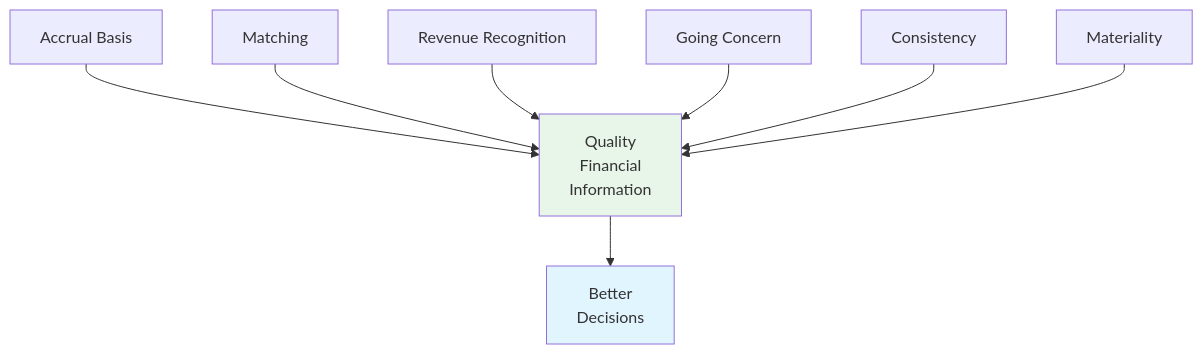
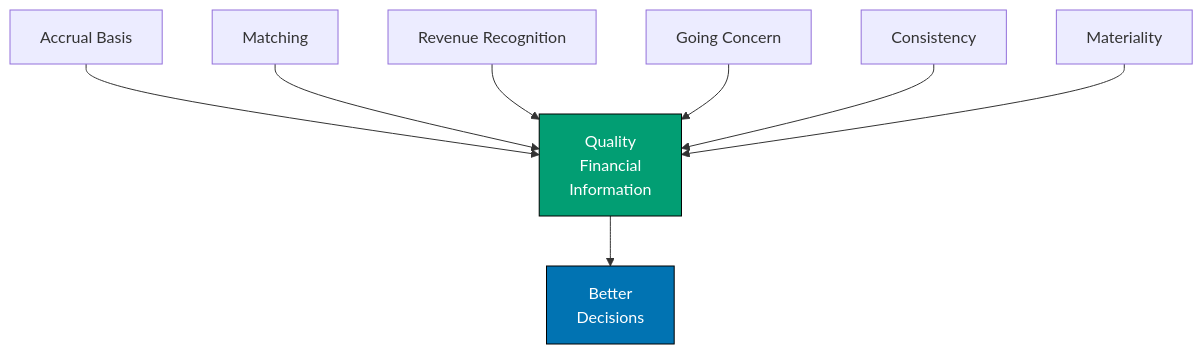
Before and after one commit to wahidyankf/open-sharia-enterprise: the eighth of 8 diagrams in docs/tutorials/business-and-finance/tu-bufi__accounting.md, drawn with Mermaid. The commit also changed other lines of this file and 22 other files, not shown here.

First line of the commit message:
docs(diagrams): ensure all mermaid diagrams use color-blind friendly palette

````diff
--- a/docs/tutorials/business-and-finance/tu-bufi__accounting.md
+++ b/docs/tutorials/business-and-finance/tu-bufi__accounting.md
@@ -1183,14 +1207,14 @@
 ```mermaid
 flowchart TD
 	A[Accrual Basis] --> Q[Quality<br/>Financial<br/>Information]
 	M[Matching] --> Q
 	R[Revenue Recognition] --> Q
 	G[Going Concern] --> Q
 	C[Consistency] --> Q
 	Ma[Materiality] --> Q
 
 	Q --> D[Better<br/>Decisions]
 
-	style Q fill:#e8f5e9
-	style D fill:#e1f5ff
+	style Q fill:#029E73,stroke:#000000,color:#FFFFFF
+	style D fill:#0173B2,stroke:#000000,color:#FFFFFF
 ```
````
